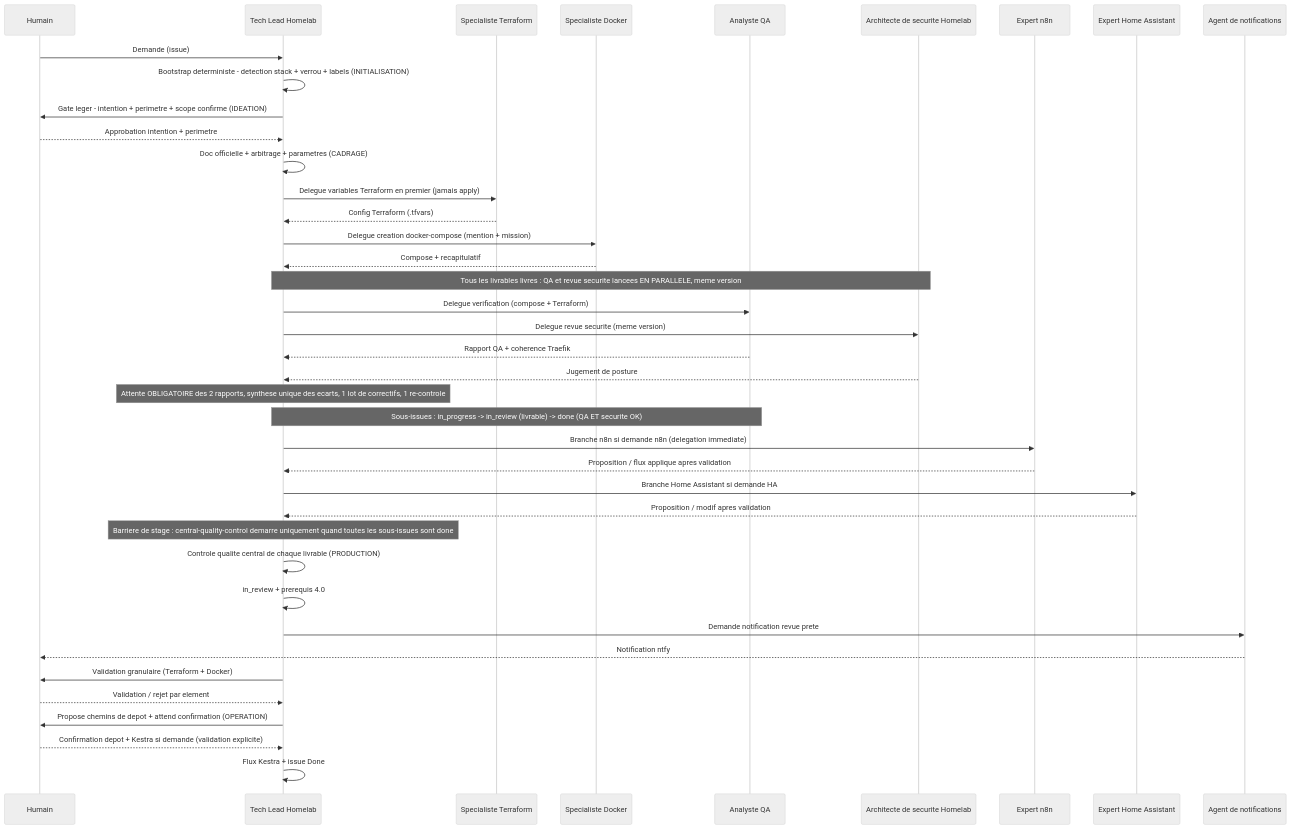
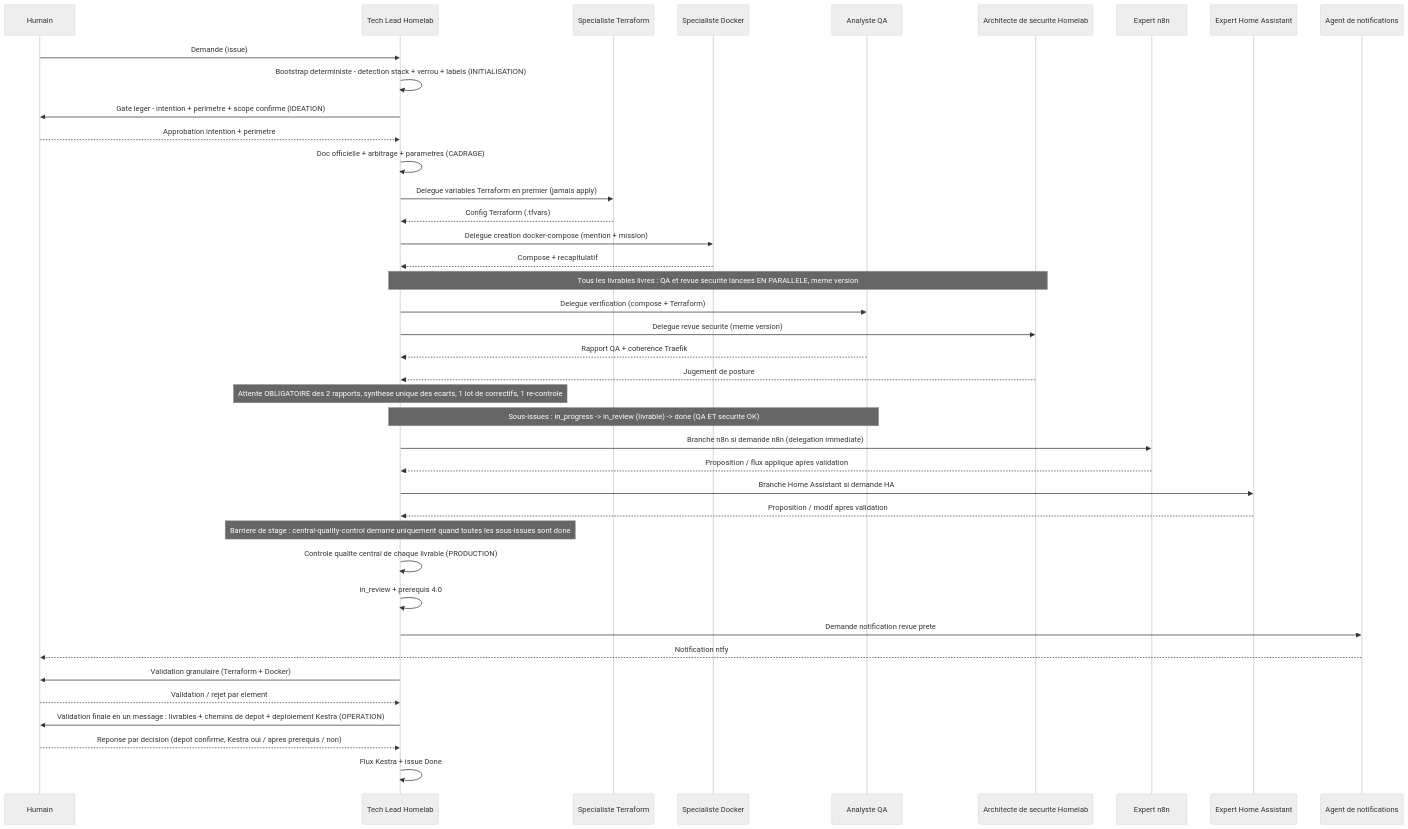
One commit to Gsyltc/homelab-portfolio changed the second of 2 diagrams in homelab/common/conductor.md. Above: the diagram before and after it, drawn with Mermaid (neutral theme). The commit also changed 5 other files, not shown here.

````diff
--- a/homelab/common/conductor.md
+++ b/homelab/common/conductor.md
@@ -209,43 +209,43 @@
 ```mermaid
 sequenceDiagram
     participant H as Humain
     participant S as Tech Lead Homelab
     participant An as Specialiste Terraform
     participant B as Specialiste Docker
     participant K as Analyste QA
     participant SA as Architecte de securite Homelab
     participant M as Expert n8n
     participant Hu as Expert Home Assistant
     participant AL as Agent de notifications
 
     H->>S: Demande (issue)
     S->>S: Bootstrap deterministe - detection stack + verrou + labels (INITIALISATION)
     S->>H: Gate leger - intention + perimetre + scope confirme (IDEATION)
     H-->>S: Approbation intention + perimetre
     S->>S: Doc officielle + arbitrage + parametres (CADRAGE)
     S->>An: Delegue variables Terraform en premier (jamais apply)
     An-->>S: Config Terraform (.tfvars)
     S->>B: Delegue creation docker-compose (mention + mission)
     B-->>S: Compose + recapitulatif
     Note over S,SA: Tous les livrables livres : QA et revue securite lancees EN PARALLELE, meme version
     S->>K: Delegue verification (compose + Terraform)
     S->>SA: Delegue revue securite (meme version)
     K-->>S: Rapport QA + coherence Traefik
     SA-->>S: Jugement de posture
     Note over S: Attente OBLIGATOIRE des 2 rapports, synthese unique des ecarts, 1 lot de correctifs, 1 re-controle
     Note over S,K: Sous-issues : in_progress -> in_review (livrable) -> done (QA ET securite OK)
     S->>M: Branche n8n si demande n8n (delegation immediate)
     M-->>S: Proposition / flux applique apres validation
     S->>Hu: Branche Home Assistant si demande HA
     Hu-->>S: Proposition / modif apres validation
     Note over S: Barriere de stage : central-quality-control demarre uniquement quand toutes les sous-issues sont done
     S->>S: Controle qualite central de chaque livrable (PRODUCTION)
     S->>S: in_review + prerequis 4.0
     S->>AL: Demande notification revue prete
     AL-->>H: Notification ntfy
     S->>H: Validation granulaire (Terraform + Docker)
     H-->>S: Validation / rejet par element
-    S->>H: Propose chemins de depot + attend confirmation (OPERATION)
-    H-->>S: Confirmation depot + Kestra si demande (validation explicite)
+    S->>H: Validation finale en un message : livrables + chemins de depot + deploiement Kestra (OPERATION)
+    H-->>S: Reponse par decision (depot confirme, Kestra oui / apres prerequis / non)
     S->>S: Flux Kestra + issue Done
 ```
````
